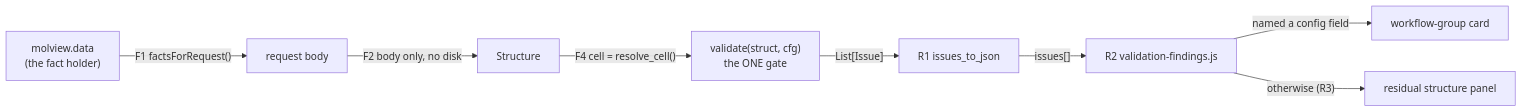
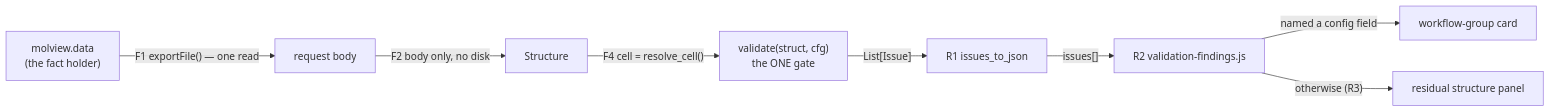
One commit to Qing-LAB/molbuilder changed the third of 3 diagrams in docs/science/validation.md. Above: the diagram before and after it, drawn with Mermaid. The commit also changed other lines of this file and 8 other files, not shown here.

````diff
--- a/docs/science/validation.md
+++ b/docs/science/validation.md
@@ -326,10 +326,10 @@
 ```mermaid
 flowchart LR
-    M["molview.data<br/>(the fact holder)"] -->|"F1 factsForRequest()"| REQ["request body"]
+    M["molview.data<br/>(the fact holder)"] -->|"F1 exportFile() — one read"| REQ["request body"]
     REQ -->|"F2 body only, no disk"| S["Structure"]
     S -->|"F4 cell = resolve_cell()"| V["validate(struct, cfg)<br/>the ONE gate"]
     V -->|"List[Issue]"| J["R1 issues_to_json"]
     J -->|"issues[]"| P["R2 validation-findings.js"]
     P -->|"named a config field"| C["workflow-group card"]
     P -->|"otherwise (R3)"| RES["residual structure panel"]
 ```
````
